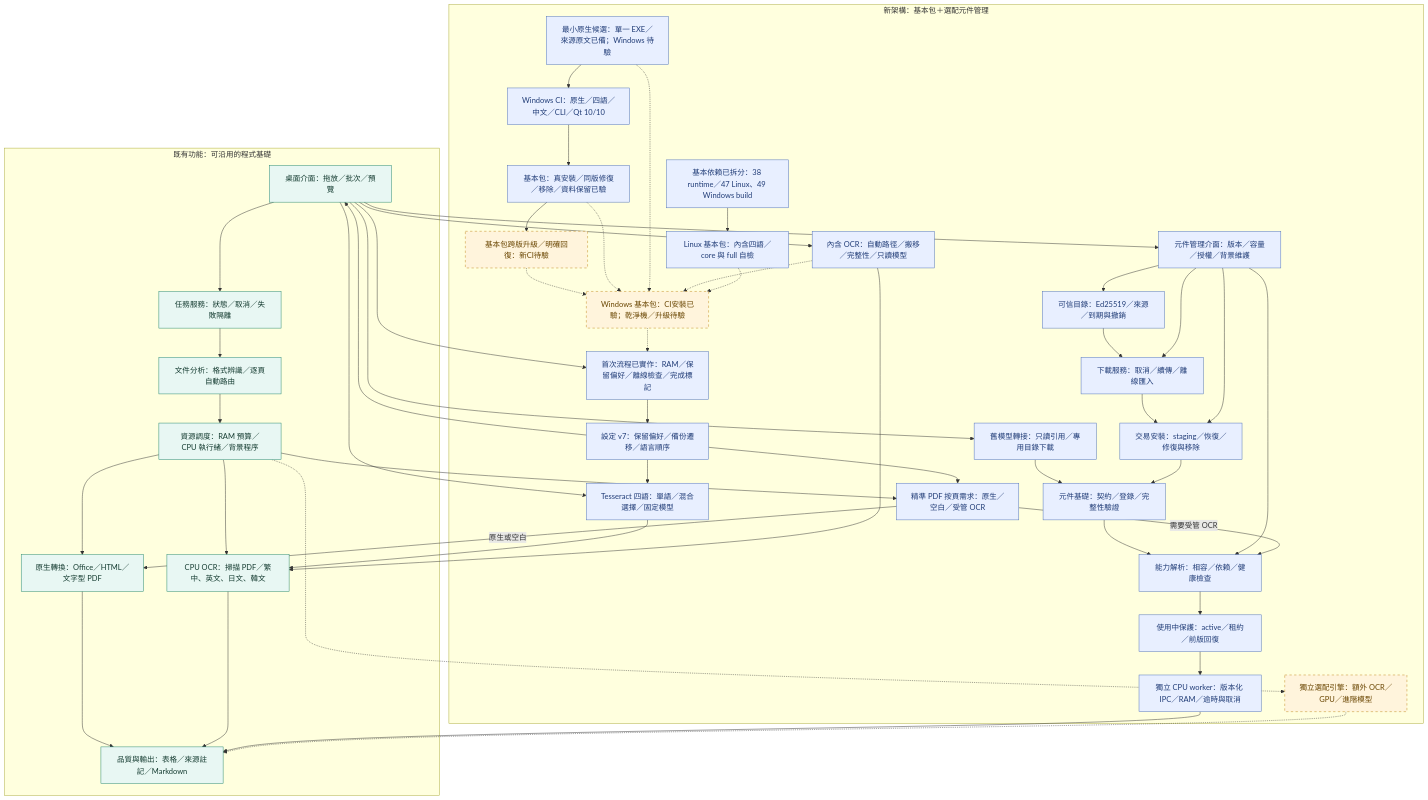
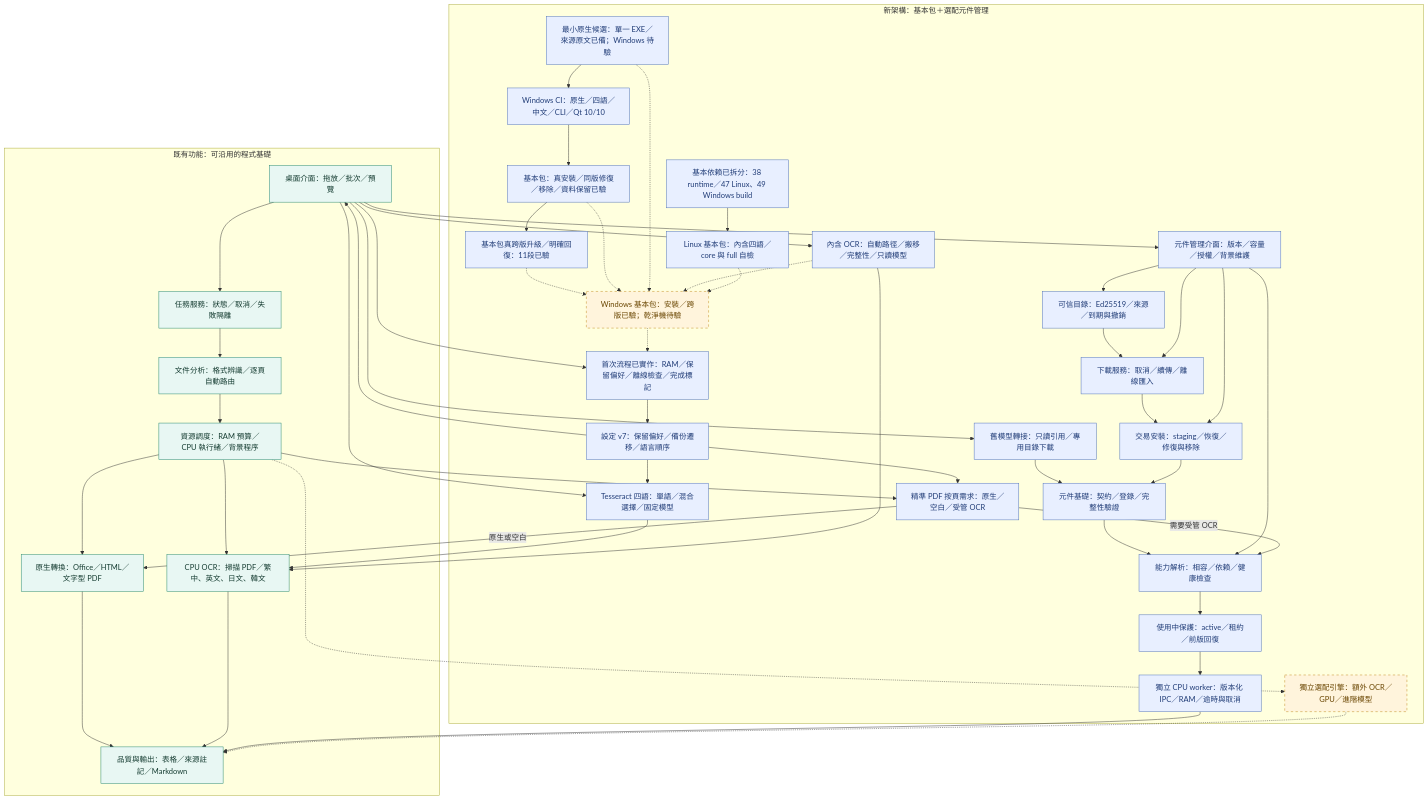
One commit to ChouTa-chuan/MarkItDown-exe changed the diagram in README.md. Above: the diagram before and after it, drawn with Mermaid. The commit also changed other lines of this file and 30 other files, not shown here.

````diff
--- a/README.md
+++ b/README.md
@@ -21,77 +21,78 @@
 ```mermaid
 flowchart TD
     subgraph Existing["既有功能：可沿用的程式基礎"]
         UI["桌面介面：拖放／批次／預覽"] --> APP["任務服務：狀態／取消／失敗隔離"]
         APP --> PLAN["文件分析：格式辨識／逐頁自動路由"]
         PLAN --> RES["資源調度：RAM 預算／CPU 執行緒／背景程序"]
         RES --> NATIVE["原生轉換：Office／HTML／文字型 PDF"]
         RES --> OCR["CPU OCR：掃描 PDF／繁中、英文、日文、韓文"]
         NATIVE --> QUALITY["品質與輸出：表格／來源註記／Markdown"]
         OCR --> QUALITY
     end
     subgraph Planned["新架構：基本包＋選配元件管理"]
         COMPONENTUI["元件管理介面：版本／容量／授權／背景維護"]
-        FIRST["Windows 基本包：CI安裝已驗；乾淨機／升級待驗"]
+        FIRST["Windows 基本包：安裝／跨版已驗；乾淨機待驗"]
         PROFILE["基本依賴已拆分：38 runtime／47 Linux、49 Windows build"]
         PROFILEBUILD["Linux 基本包：內含四語／core 與 full 自檢"]
         FIRSTFLOW["首次流程已實作：RAM／保留偏好／離線檢查／完成標記"]
         COMPONENTS["元件基礎：契約／登錄／完整性驗證"]
         CAPABILITY["能力解析：相容／依賴／健康檢查"]
         INSTALLERCI["基本包：真安裝／同版修復／移除／資料保留已驗"]
-        UPGRADECI["基本包跨版升級／明確回復：新CI待驗"]
+        UPGRADECI["基本包真跨版升級／明確回復：11段已驗"]
         WINCI["Windows CI：原生／四語／中文／CLI／Qt 10/10"]
         BUNDLED["內含 OCR：自動路徑／搬移／完整性／只讀模型"]
         MINIMALBUILD["最小原生候選：單一 EXE／來源原文已備；Windows 待驗"]
         LANGUAGES["Tesseract 四語：單語／混合選擇／固定模型"]
         ROUTE["精準 PDF 按頁需求：原生／空白／受管 OCR"]
         CPUWORKER["獨立 CPU worker：版本化 IPC／RAM／逾時與取消"]
         OPTIONAL["獨立選配引擎：額外 OCR／GPU／進階模型"]
         COMPONENTS --> CAPABILITY
         LEGACY["舊模型轉接：只讀引用／專用目錄下載"]
         PREFS["設定 v7：保留偏好／備份遷移／語言順序"]
         LEGACY --> COMPONENTS
         CATALOG["可信目錄：Ed25519／來源／到期與撤銷"] --> DOWNLOAD["下載服務：取消／續傳／離線匯入"]
         DOWNLOAD --> INSTALL["交易安裝：staging／恢復／修復與移除"]
         INSTALL --> COMPONENTS
         CAPABILITY --> LEASE["使用中保護：active／租約／前版回復"]
     end
     UI --> LANGUAGES
     LANGUAGES --> OCR
     PREFS --> LANGUAGES
     UI --> COMPONENTUI
     COMPONENTUI --> INSTALL
     COMPONENTUI --> CATALOG
     COMPONENTUI --> CAPABILITY
     LEASE --> CPUWORKER
     CPUWORKER --> QUALITY
     RES --> ROUTE
     ROUTE -->|需要受管 OCR| CAPABILITY
     ROUTE -->|原生或空白| NATIVE
     COMPONENTUI --> DOWNLOAD
     UI --> LEGACY
     PREFS --> UI
     UI --> FIRSTFLOW
     FIRSTFLOW --> PREFS
     PROFILE --> PROFILEBUILD
     MINIMALBUILD --> WINCI
     INSTALLERCI --> UPGRADECI
     UPGRADECI -.-> FIRST
     WINCI --> INSTALLERCI
     INSTALLERCI -.-> FIRST
     MINIMALBUILD -.-> FIRST
     UI --> BUNDLED
     BUNDLED --> OCR
     BUNDLED -.-> FIRST
     PROFILEBUILD -.-> FIRST
     FIRST -.-> FIRSTFLOW
     PREFS --> ROUTE
     RES -.-> OPTIONAL
     OPTIONAL -.-> QUALITY
     classDef existing fill:#e8f7f3,stroke:#21856d,color:#153c31;
     classDef foundation fill:#e8efff,stroke:#4c6fb8,color:#203c77;
     class COMPONENTS,CAPABILITY,LEGACY,PREFS,CATALOG,DOWNLOAD,INSTALL,LEASE,CPUWORKER,COMPONENTUI,FIRSTFLOW,ROUTE,PROFILE,PROFILEBUILD,LANGUAGES,BUNDLED,MINIMALBUILD,WINCI foundation;
     class INSTALLERCI foundation;
     classDef planned fill:#fff4dc,stroke:#be8519,color:#694500,stroke-dasharray:5 5;
     class UI,APP,PLAN,RES,NATIVE,OCR,QUALITY existing;
-    class FIRST,OPTIONAL,UPGRADECI planned;
+    class UPGRADECI foundation;
+    class FIRST,OPTIONAL planned;
 ```
````
